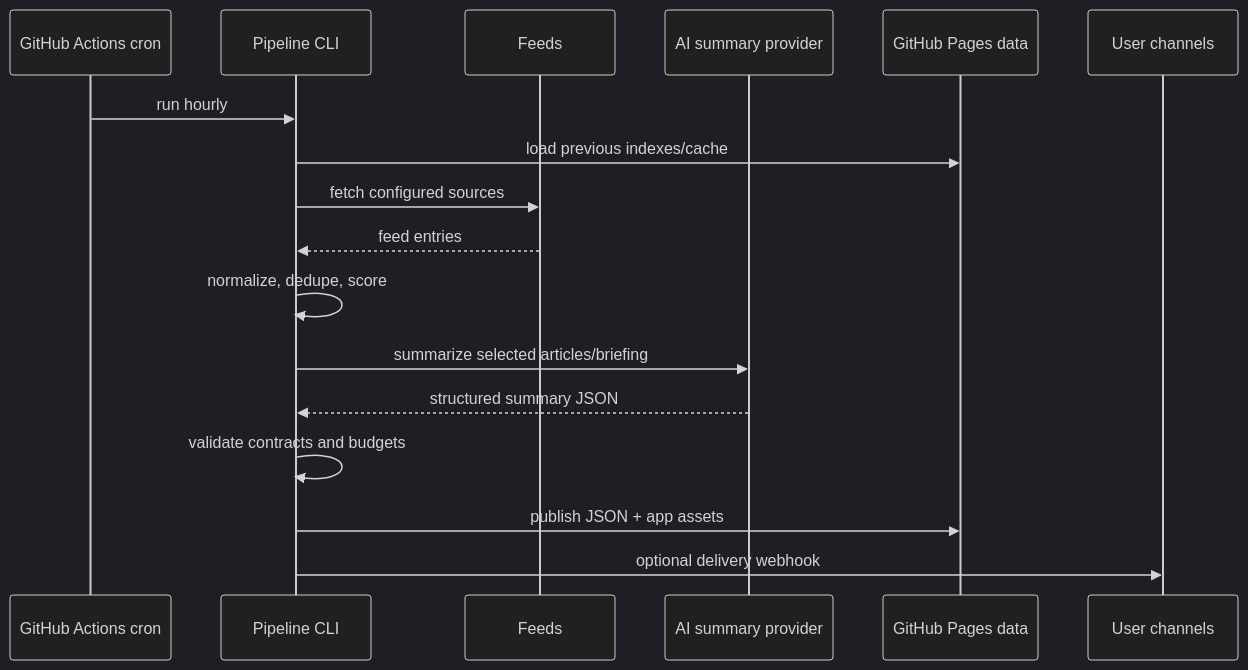
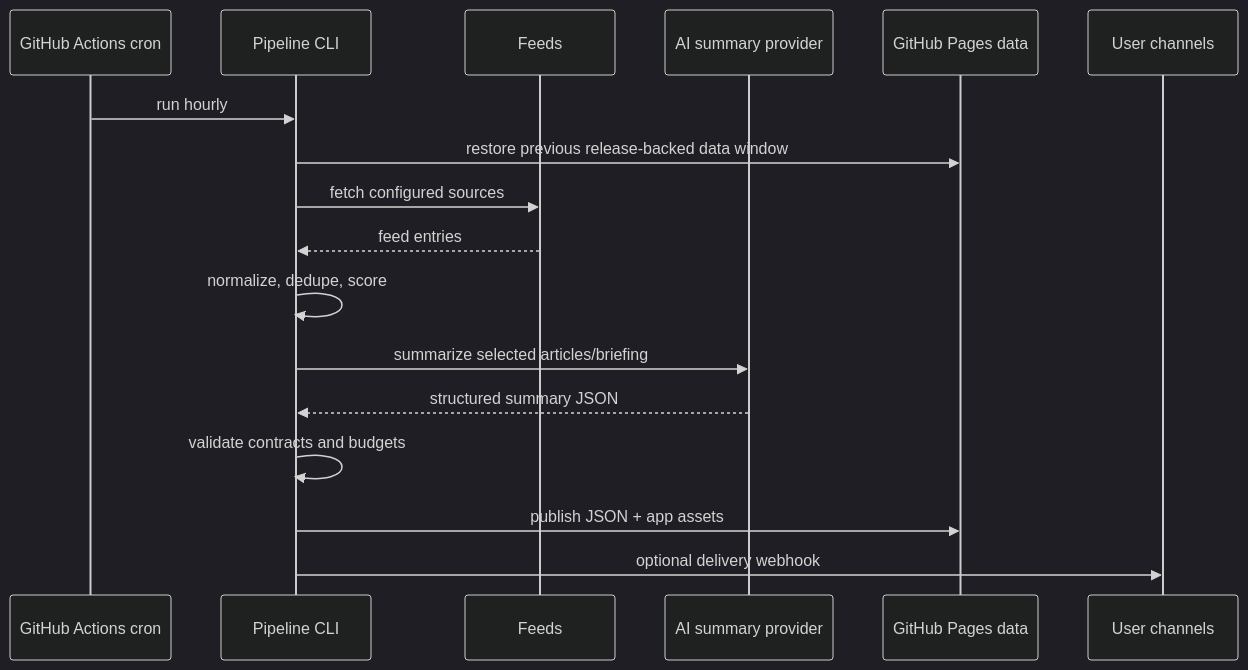
The second of 2 diagrams in docs/architecture.md (DevSecNinja/wazzup), drawn with Mermaid (dark theme) before and after one commit. The commit also changed other lines of this file and 9 other files, not shown here.

````diff
--- a/docs/architecture.md
+++ b/docs/architecture.md
@@ -45,20 +46,20 @@
 ```mermaid
 sequenceDiagram
     participant Cron as GitHub Actions cron
     participant CLI as Pipeline CLI
     participant Feeds as Feeds
     participant AI as AI summary provider
     participant Pages as GitHub Pages data
     participant User as User channels
 
     Cron->>CLI: run hourly
-    CLI->>Pages: load previous indexes/cache
+    CLI->>Pages: restore previous release-backed data window
     CLI->>Feeds: fetch configured sources
     Feeds-->>CLI: feed entries
     CLI->>CLI: normalize, dedupe, score
     CLI->>AI: summarize selected articles/briefing
     AI-->>CLI: structured summary JSON
     CLI->>CLI: validate contracts and budgets
     CLI->>Pages: publish JSON + app assets
     CLI->>User: optional delivery webhook
 ```
````
